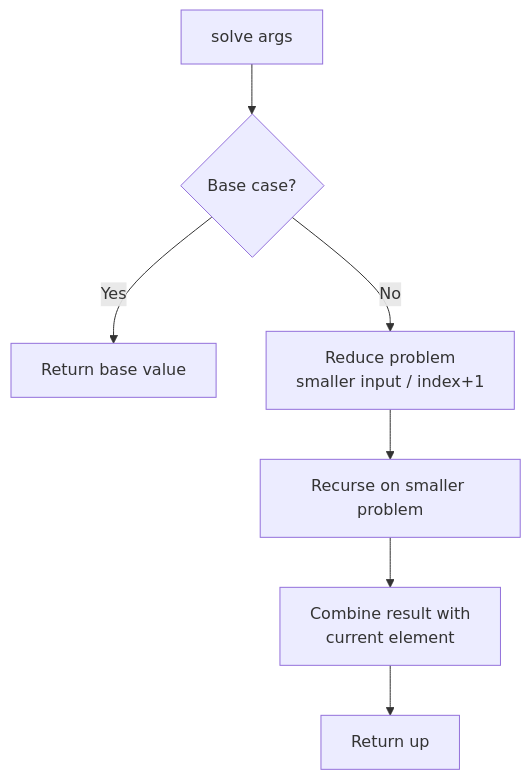
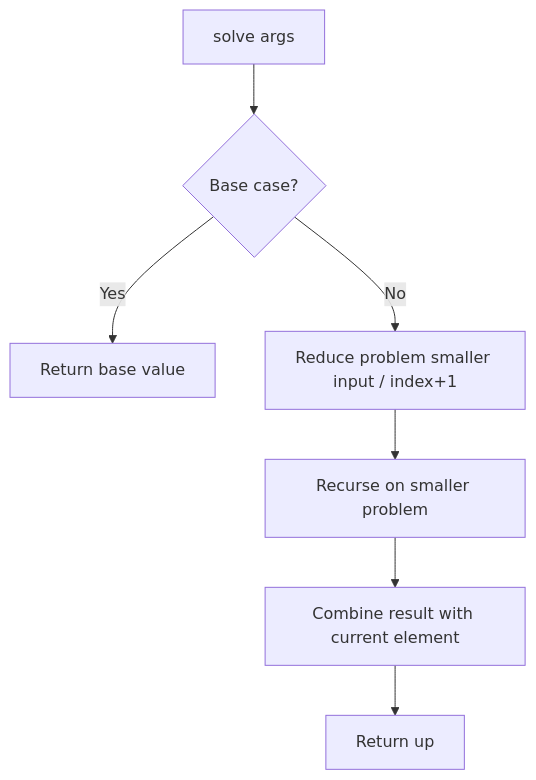
One commit to deepanshu-rawat6/AlgoAtlas changed the second of 5 diagrams in recursion/README.md. Above: the diagram before and after it, drawn with Mermaid. The commit also changed 13 other files, not shown here.

````diff
--- a/recursion/README.md
+++ b/recursion/README.md
@@ -63,9 +63,9 @@
 ```mermaid
 flowchart TD
     A[solve args] --> B{"Base case?"}
     B -- Yes --> C[Return base value]
-    B -- No --> D[Reduce problem<br>smaller input / index+1]
+    B -- No --> D[Reduce problem smaller input / index+1]
     D --> E[Recurse on smaller problem]
-    E --> F[Combine result with<br>current element]
+    E --> F[Combine result with current element]
     F --> G[Return up]
 ```
````
